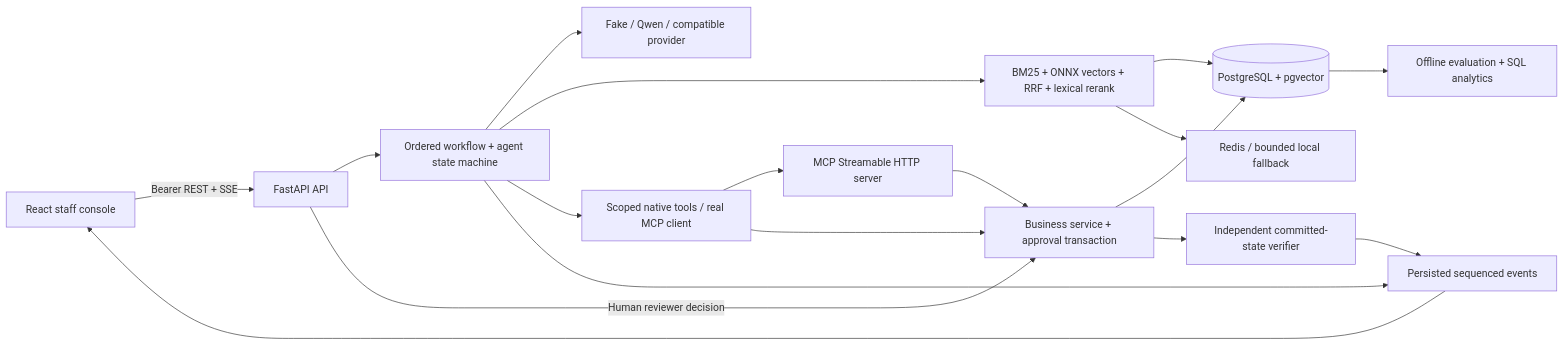
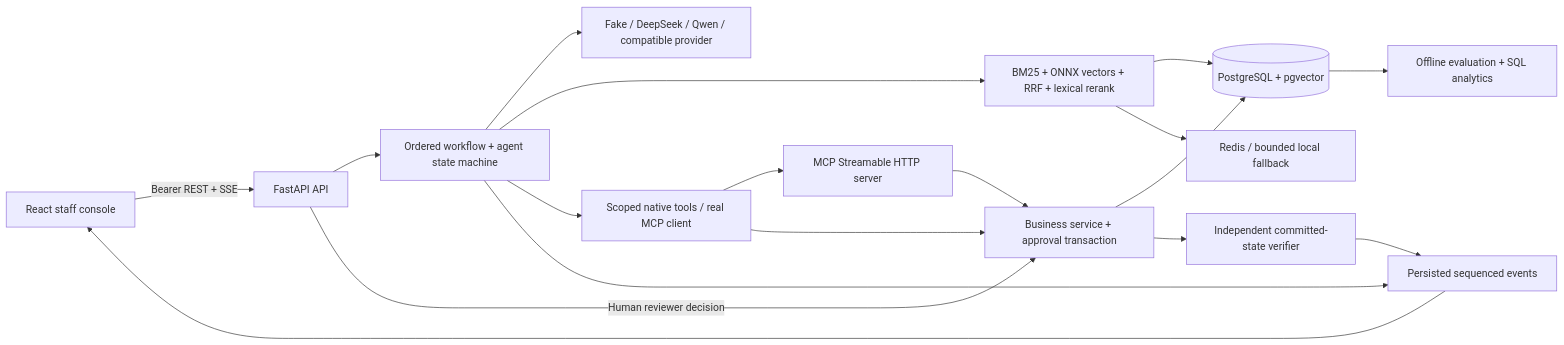
The diagram in public/portfolio/handbooks/OpsPilot AI 面试讲解.md (QiQiyzhu/arc-shift), drawn with Mermaid before and after one commit. The commit also changed other lines of this file and 78 other files, not shown here.

Commit message:
feat: add decision lab with verifiable DeepSeek runs and interview guides

````diff
--- a/public/portfolio/handbooks/OpsPilot AI 面试讲解.md
+++ b/public/portfolio/handbooks/OpsPilot AI 面试讲解.md
@@ -11,20 +13,20 @@
 ```mermaid
 flowchart LR
   UI[React staff console] -->|Bearer REST + SSE| API[FastAPI API]
   API --> A[Ordered workflow + agent state machine]
-  A --> P[Fake / Qwen / compatible provider]
+  A --> P[Fake / DeepSeek / Qwen / compatible provider]
   A --> R[BM25 + ONNX vectors + RRF + lexical rerank]
   A --> T[Scoped native tools / real MCP client]
   T --> MCP[MCP Streamable HTTP server]
   T --> B[Business service + approval transaction]
   MCP --> B
   API -->|Human reviewer decision| B
   B --> DB[(PostgreSQL + pgvector)]
   R --> DB
   R --> C[Redis / bounded local fallback]
   B --> V[Independent committed-state verifier]
   A --> E[Persisted sequenced events]
   V --> E
   E --> UI
   DB --> Eval[Offline evaluation + SQL analytics]
 ```
````
